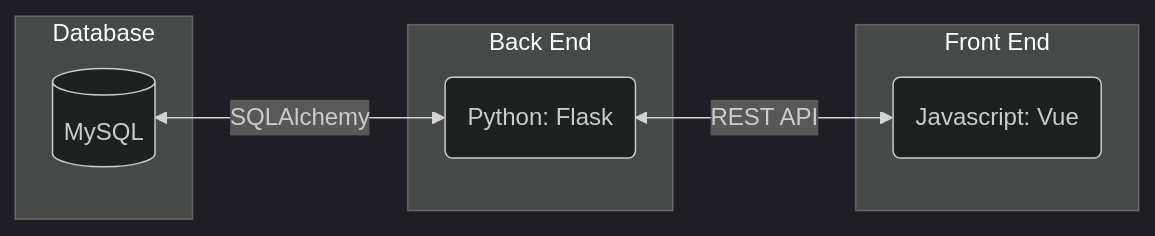
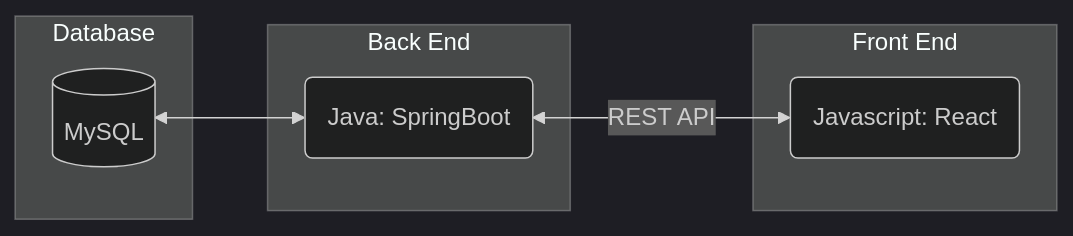
The first of 6 diagrams in README.md (nolanmartzke/Stock-Market-Simulator), drawn with Mermaid (dark theme) before and after one commit. The commit also changed other lines of this file, not shown here.

````diff
--- a/README.md
+++ b/README.md
@@ -54,17 +36,17 @@
 ```mermaid
 flowchart RL
 subgraph Front End
-	A(Javascript: Vue)
+	A(Javascript: React)
 end
 	
 subgraph Back End
-	B(Python: Flask)
+	B(Java: SpringBoot)
 end
 	
 subgraph Database
 	C[(MySQL)]
 end
 
-A <-->|"REST API"| B
-B <-->|SQLAlchemy| C
+A <-->|REST API| B
+B <--> C
 ```
````
